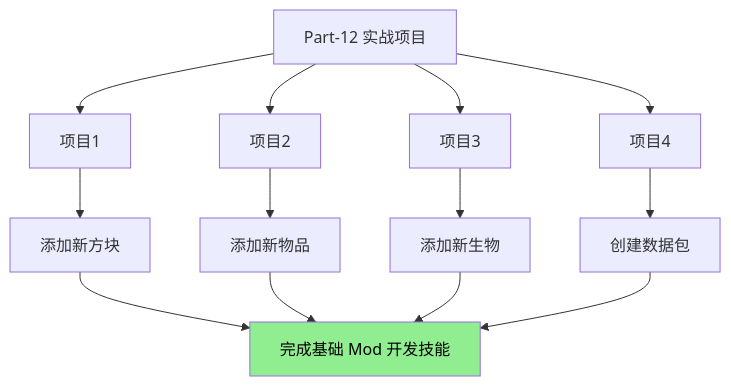
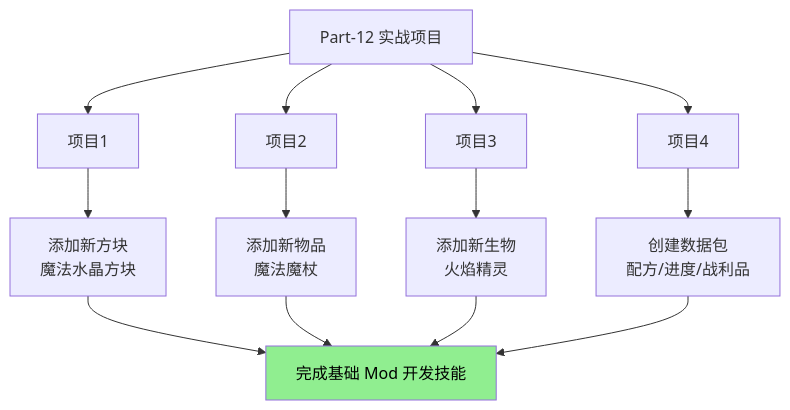
Before and after one commit to BaiGave/Minecraft-Learning: the diagram in content/mc/1.21/core/-/tutorials/Part-12-Practice/README.md, drawn with Mermaid. The commit also changed other lines of this file and 395 other files, not shown here.

````diff
--- a/content/mc/1.21/core/-/tutorials/Part-12-Practice/README.md
+++ b/content/mc/1.21/core/-/tutorials/Part-12-Practice/README.md
@@ -13,19 +13,19 @@
 ```mermaid
 flowchart TD
     A[Part-12 实战项目] --> B[项目1]
     A --> C[项目2]
     A --> D[项目3]
     A --> E[项目4]
     
-    B --> B1[添加新方块]
-    C --> C1[添加新物品]
-    D --> D1[添加新生物]
-    E --> E1[创建数据包]
+    B --> B1[添加新方块<br/>魔法水晶方块]
+    C --> C1[添加新物品<br/>魔法魔杖]
+    D --> D1[添加新生物<br/>火焰精灵]
+    E --> E1[创建数据包<br/>配方/进度/战利品]
     
     B1 --> F[完成基础 Mod 开发技能]
     C1 --> F
     D1 --> F
     E1 --> F
     
     style F fill:#90EE90,color:#000
 ```
````
